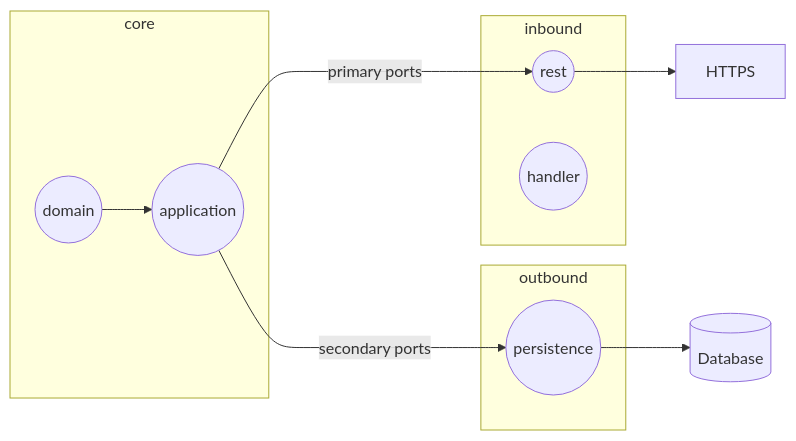
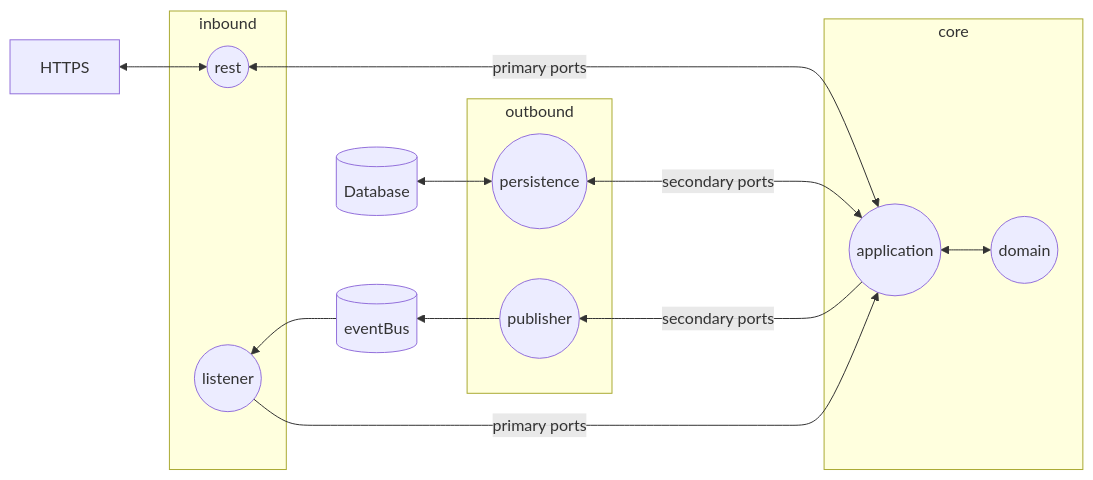
The diagram in README.md (Danaes/control-api), drawn with Mermaid before and after one commit. The commit also changed other lines of this file and 24 other files, not shown here.

Commit message:
Add EventBus to manage events

````diff
--- a/README.md
+++ b/README.md
@@ -4,20 +4,25 @@
 ```mermaid
-  graph LR
-    c1 -- primary ports ---> i1
-    c1 -- secondary ports ---> o1
-    o1 --> d1[(Database)]
-    i1 --> HTTPS
+  graph RL
+  c1 <-- primary ports ---> i1
+  i3 -- primary ports ---> c1
+  c1 <-- secondary ports ---> o1
+  c1 -- secondary ports ---> o2
+  o1 <--> d1[(Database)]
+  o2 --> d2[(eventBus)]
+  i1 <--> HTTPS
+  d2 --> i3
     
     subgraph outbound
       o1((persistence))
+      o2((publisher))
     end
     subgraph inbound
       i1((rest))
-      i2((handler))
+      i3((listener))
     end
     subgraph core
-        c2 --> c1
+      c2 <--> c1
         c1((application))
         c2((domain))
     end
 ```
````
